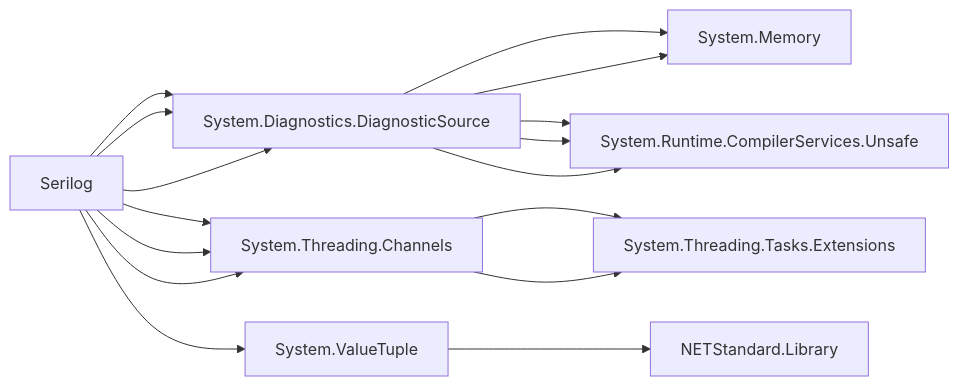
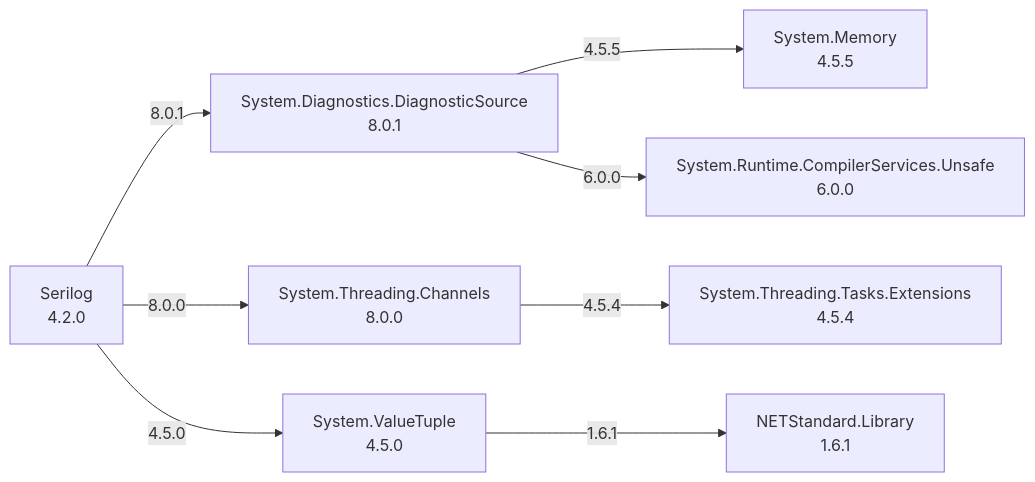
One commit to liluar/config-management-practice-2 changed the diagram in examples/visualizations/real/serilog_4_2_0.mmd. Above: the diagram before and after it, drawn with Mermaid. The commit also changed 18 other files, not shown here.

```diff
--- a/examples/visualizations/real/serilog_4_2_0.mmd
+++ b/examples/visualizations/real/serilog_4_2_0.mmd
@@ -1,24 +1,16 @@
 flowchart LR
-    N0["Serilog"]
-    N1["System.Diagnostics.DiagnosticSource"]
-    N2["System.Threading.Channels"]
-    N3["System.ValueTuple"]
-    N4["System.Memory"]
-    N5["System.Runtime.CompilerServices.Unsafe"]
-    N6["System.Threading.Tasks.Extensions"]
-    N7["NETStandard.Library"]
-    N0 --> N1
-    N0 --> N2
-    N0 --> N3
-    N0 --> N1
-    N0 --> N2
-    N0 --> N1
-    N0 --> N2
-    N1 --> N4
-    N1 --> N5
-    N1 --> N5
-    N1 --> N4
-    N1 --> N5
-    N2 --> N6
-    N2 --> N6
-    N3 --> N7
+    N0["Serilog<br/>4.2.0"]
+    N1["System.Diagnostics.DiagnosticSource<br/>8.0.1"]
+    N2["System.Threading.Channels<br/>8.0.0"]
+    N3["System.ValueTuple<br/>4.5.0"]
+    N4["System.Memory<br/>4.5.5"]
+    N5["System.Runtime.CompilerServices.Unsafe<br/>6.0.0"]
+    N6["System.Threading.Tasks.Extensions<br/>4.5.4"]
+    N7["NETStandard.Library<br/>1.6.1"]
+    N0 -->|8.0.1| N1
+    N0 -->|8.0.0| N2
+    N0 -->|4.5.0| N3
+    N1 -->|4.5.5| N4
+    N1 -->|6.0.0| N5
+    N2 -->|4.5.4| N6
+    N3 -->|1.6.1| N7
```
